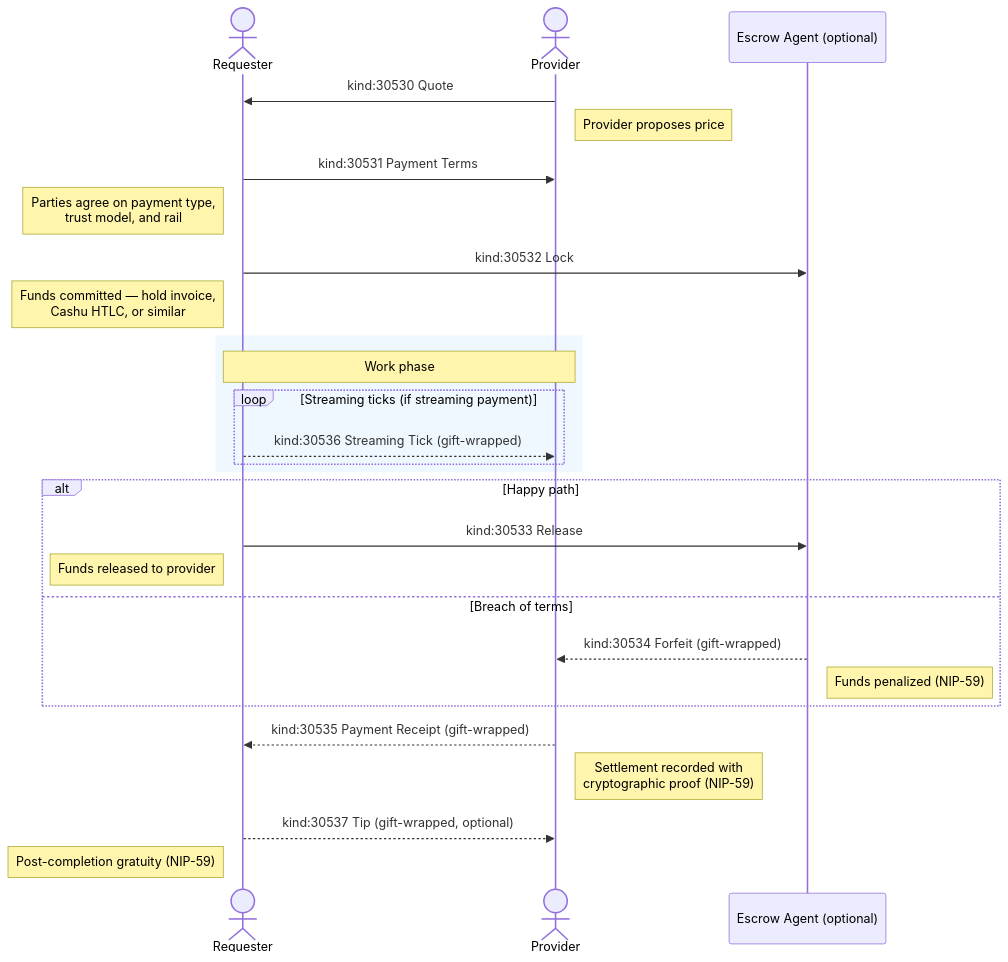
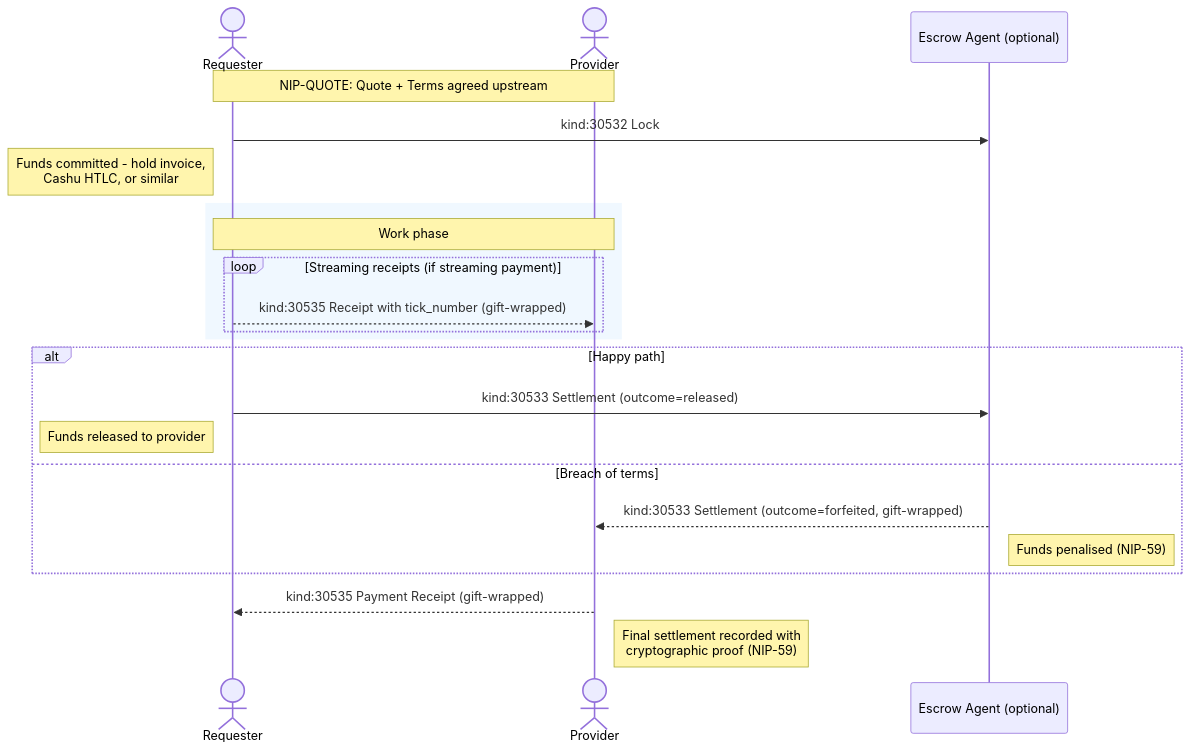
One commit to forgesworn/nip-drafts changed the second of 5 diagrams in NIP-ESCROW.md. Above: the diagram before and after it, drawn with Mermaid. The commit also changed other lines of this file and 116 other files, not shown here.

````diff
--- a/NIP-ESCROW.md
+++ b/NIP-ESCROW.md
@@ -448,36 +313,29 @@
 ```mermaid
 sequenceDiagram
     actor R as Requester
     actor P as Provider
     participant EA as Escrow Agent (optional)
 
-    P->>R: kind:30530 Quote
-    Note right of P: Provider proposes price
-
-    R->>P: kind:30531 Payment Terms
-    Note left of R: Parties agree on payment type,<br/>trust model, and rail
+    Note over R,P: NIP-QUOTE: Quote + Terms agreed upstream
 
     R->>EA: kind:30532 Lock
-    Note left of R: Funds committed — hold invoice,<br/>Cashu HTLC, or similar
+    Note left of R: Funds committed - hold invoice,<br/>Cashu HTLC, or similar
 
     rect rgb(240, 248, 255)
         Note over R,P: Work phase
-        loop Streaming ticks (if streaming payment)
-            R-->>P: kind:30536 Streaming Tick (gift-wrapped)
+        loop Streaming receipts (if streaming payment)
+            R-->>P: kind:30535 Receipt with tick_number (gift-wrapped)
         end
     end
 
     alt Happy path
-        R->>EA: kind:30533 Release
+        R->>EA: kind:30533 Settlement (outcome=released)
         Note left of R: Funds released to provider
     else Breach of terms
-        EA-->>P: kind:30534 Forfeit (gift-wrapped)
-        Note right of EA: Funds penalized (NIP-59)
+        EA-->>P: kind:30533 Settlement (outcome=forfeited, gift-wrapped)
+        Note right of EA: Funds penalised (NIP-59)
     end
 
     P-->>R: kind:30535 Payment Receipt (gift-wrapped)
-    Note right of P: Settlement recorded with<br/>cryptographic proof (NIP-59)
-
-    R-->>P: kind:30537 Tip (gift-wrapped, optional)
-    Note left of R: Post-completion gratuity (NIP-59)
+    Note right of P: Final settlement recorded with<br/>cryptographic proof (NIP-59)
 ```
````
